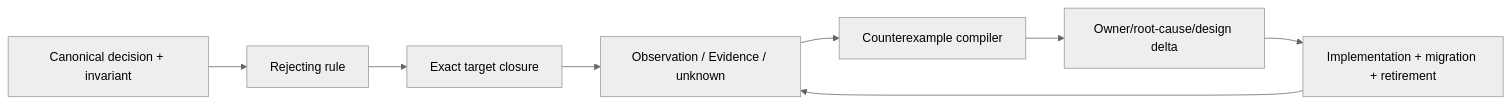
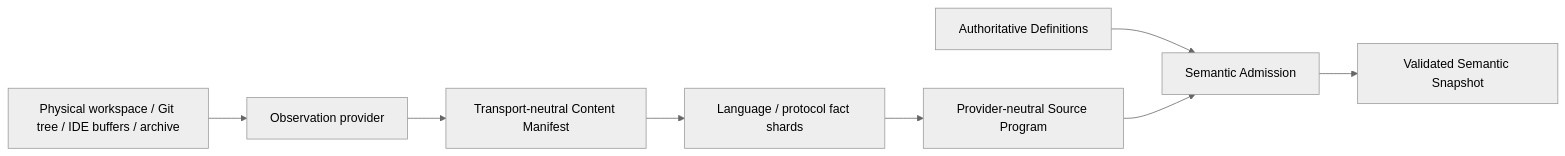
One commit to sec-platform/sec changed the fourth of 14 diagrams in docs/system-architecture.md. Above: the diagram before and after it, drawn with Mermaid (neutral theme). The commit also changed other lines of this file and 14 other files, not shown here.

````diff
--- a/docs/system-architecture.md
+++ b/docs/system-architecture.md
@@ -73,10 +252,10 @@
 ```mermaid
 flowchart LR
-  P[Canonical decision + invariant] --> R[Rejecting rule]
-  R --> C[Exact target closure]
-  C --> O[Observation / Evidence / unknown]
-  O --> F[Counterexample compiler]
-  F --> D[Owner/root-cause/design delta]
-  D --> M[Implementation + migration + retirement]
-  M --> O
+  W[Physical workspace / Git tree / IDE buffers / archive] --> P[Observation provider]
+  P --> M[Transport-neutral Content Manifest]
+  M --> L[Language / protocol fact shards]
+  L --> S[Provider-neutral Source Program]
+  D[Authoritative Definitions] --> A[Semantic Admission]
+  S --> A
+  A --> V[Validated Semantic Snapshot]
 ```
````
